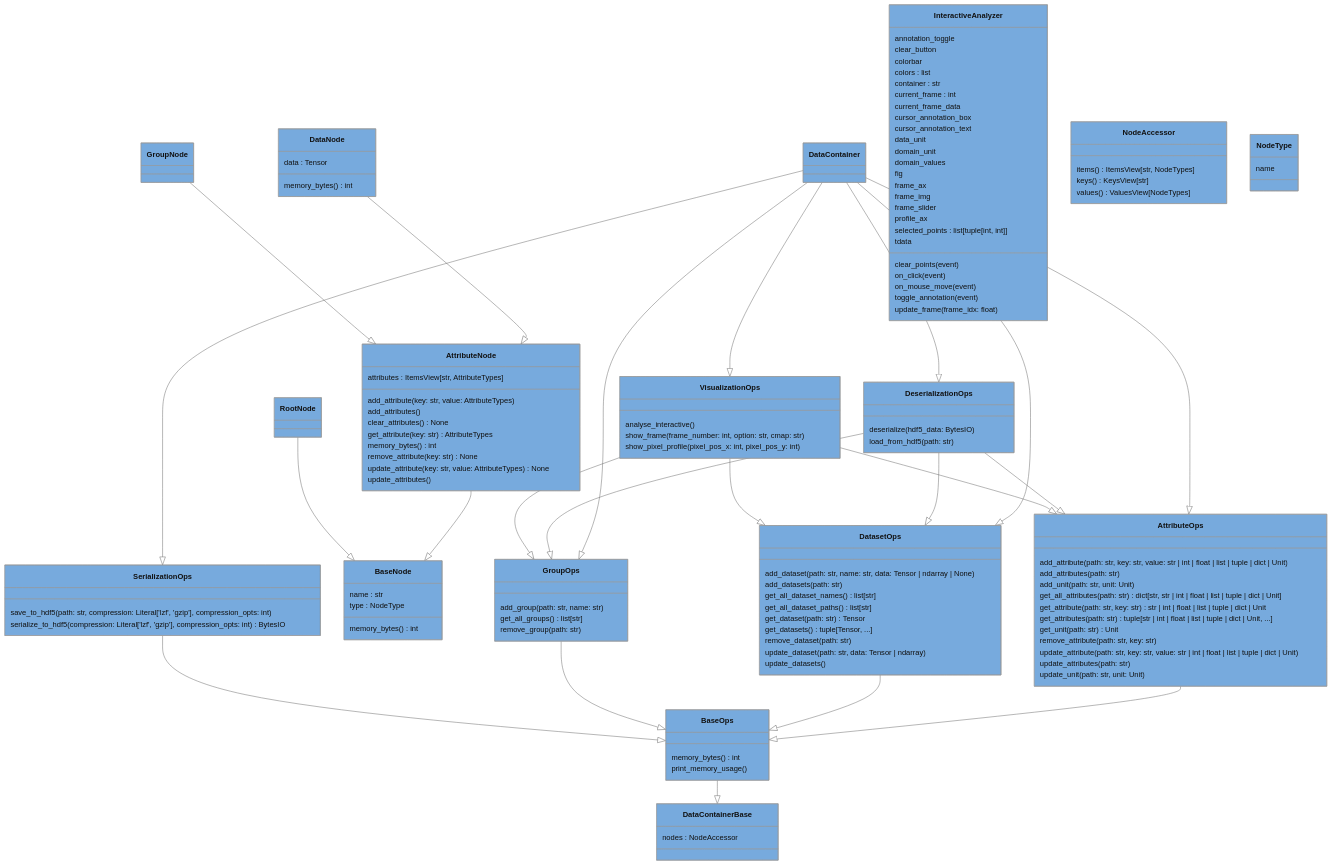
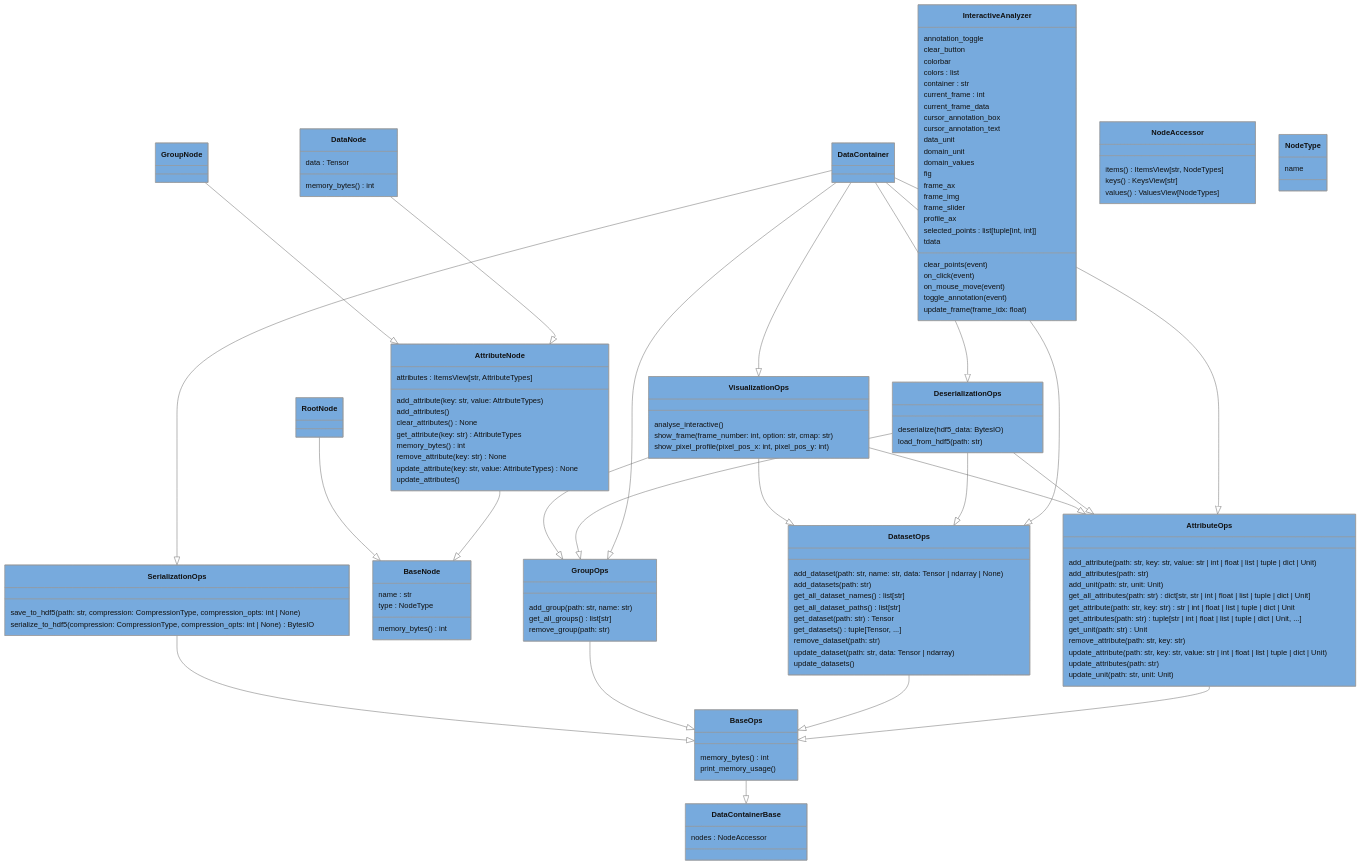
One commit to voidsy-gmbh/pyThermoNDT changed the diagram in docs/pyreverse/mermaid/classes_pythermondt.data.datacontainer.mmd. Above: the diagram before and after it, drawn with Mermaid (neutral theme). The commit also changed 15 other files, not shown here.

Commit message:
Update mermaid diagrams (#224)

```diff
--- a/docs/pyreverse/mermaid/classes_pythermondt.data.datacontainer.mmd
+++ b/docs/pyreverse/mermaid/classes_pythermondt.data.datacontainer.mmd
@@ -1,148 +1,148 @@
 classDiagram
   class AttributeNode {
     attributes : ItemsView[str, AttributeTypes]
     add_attribute(key: str, value: AttributeTypes)
     add_attributes()
     clear_attributes() None
     get_attribute(key: str) AttributeTypes
     memory_bytes() int
     remove_attribute(key: str) None
     update_attribute(key: str, value: AttributeTypes) None
     update_attributes()
   }
   style AttributeNode fill:#77AADD
   class AttributeOps {
     add_attribute(path: str, key: str, value: str | int | float | list | tuple | dict | Unit)
     add_attributes(path: str)
     add_unit(path: str, unit: Unit)
     get_all_attributes(path: str) dict[str, str | int | float | list | tuple | dict | Unit]
     get_attribute(path: str, key: str) str | int | float | list | tuple | dict | Unit
     get_attributes(path: str) tuple[str | int | float | list | tuple | dict | Unit, ...]
     get_unit(path: str) Unit
     remove_attribute(path: str, key: str)
     update_attribute(path: str, key: str, value: str | int | float | list | tuple | dict | Unit)
     update_attributes(path: str)
     update_unit(path: str, unit: Unit)
   }
   style AttributeOps fill:#77AADD
   class BaseNode {
     name : str
     type : NodeType
     memory_bytes() int
   }
   style BaseNode fill:#77AADD
   class BaseOps {
     memory_bytes() int
     print_memory_usage()
   }
   style BaseOps fill:#77AADD
   class DataContainer {
   }
   style DataContainer fill:#77AADD
   class DataContainerBase {
     nodes : NodeAccessor
   }
   style DataContainerBase fill:#77AADD
   class DataNode {
     data : Tensor
     memory_bytes() int
   }
   style DataNode fill:#77AADD
   class DatasetOps {
     add_dataset(path: str, name: str, data: Tensor | ndarray | None)
     add_datasets(path: str)
     get_all_dataset_names() list[str]
     get_all_dataset_paths() list[str]
     get_dataset(path: str) Tensor
     get_datasets() tuple[Tensor, ...]
     remove_dataset(path: str)
     update_dataset(path: str, data: Tensor | ndarray)
     update_datasets()
   }
   style DatasetOps fill:#77AADD
   class DeserializationOps {
     deserialize(hdf5_data: BytesIO)
     load_from_hdf5(path: str)
   }
   style DeserializationOps fill:#77AADD
   class GroupNode {
   }
   style GroupNode fill:#77AADD
   class GroupOps {
     add_group(path: str, name: str)
     get_all_groups() list[str]
     remove_group(path: str)
   }
   style GroupOps fill:#77AADD
   class InteractiveAnalyzer {
     annotation_toggle
     clear_button
     colorbar
     colors : list
     container : str
     current_frame : int
     current_frame_data
     cursor_annotation_box
     cursor_annotation_text
     data_unit
     domain_unit
     domain_values
     fig
     frame_ax
     frame_img
     frame_slider
     profile_ax
     selected_points : list[tuple[int, int]]
     tdata
     clear_points(event)
     on_click(event)
     on_mouse_move(event)
     toggle_annotation(event)
     update_frame(frame_idx: float)
   }
   style InteractiveAnalyzer fill:#77AADD
   class NodeAccessor {
     items() ItemsView[str, NodeTypes]
     keys() KeysView[str]
     values() ValuesView[NodeTypes]
   }
   style NodeAccessor fill:#77AADD
   class NodeType {
     name
   }
   style NodeType fill:#77AADD
   class RootNode {
   }
   style RootNode fill:#77AADD
   class SerializationOps {
-    save_to_hdf5(path: str, compression: Literal['lzf', 'gzip'], compression_opts: int)
-    serialize_to_hdf5(compression: Literal['lzf', 'gzip'], compression_opts: int) BytesIO
+    save_to_hdf5(path: str, compression: CompressionType, compression_opts: int | None)
+    serialize_to_hdf5(compression: CompressionType, compression_opts: int | None) BytesIO
   }
   style SerializationOps fill:#77AADD
   class VisualizationOps {
     analyse_interactive()
     show_frame(frame_number: int, option: str, cmap: str)
     show_pixel_profile(pixel_pos_x: int, pixel_pos_y: int)
   }
   style VisualizationOps fill:#77AADD
   AttributeOps --|> BaseOps
   BaseOps --|> DataContainerBase
   DataContainer --|> AttributeOps
   DataContainer --|> DatasetOps
   DataContainer --|> GroupOps
   DataContainer --|> DeserializationOps
   DataContainer --|> SerializationOps
   DataContainer --|> VisualizationOps
   DatasetOps --|> BaseOps
   GroupOps --|> BaseOps
   AttributeNode --|> BaseNode
   DataNode --|> AttributeNode
   GroupNode --|> AttributeNode
   RootNode --|> BaseNode
   DeserializationOps --|> AttributeOps
   DeserializationOps --|> DatasetOps
   DeserializationOps --|> GroupOps
   SerializationOps --|> BaseOps
   VisualizationOps --|> AttributeOps
   VisualizationOps --|> DatasetOps
   VisualizationOps --|> GroupOps
```
